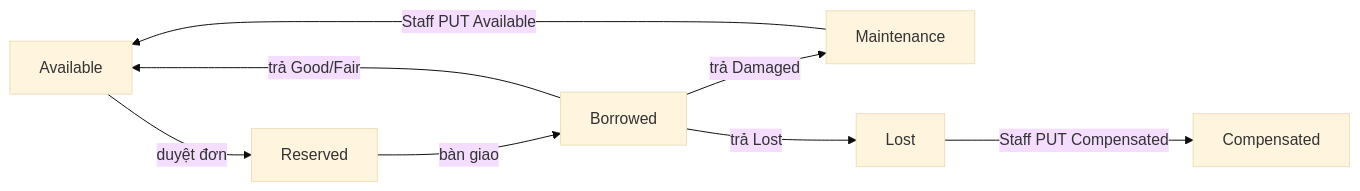
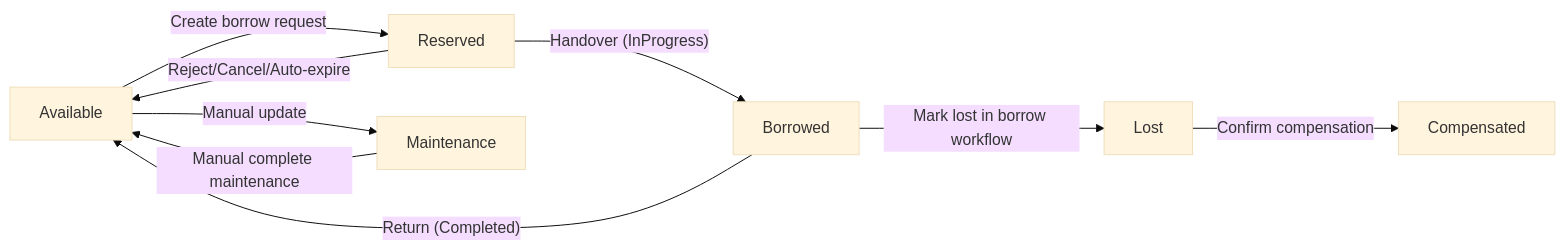
One commit to lephuonglinga/Equipment-Borrowing-Management-System changed the second of 2 diagrams in docs/PROJECT_DOCUMENTATION.md. Above: the diagram before and after it, drawn with Mermaid (base theme). The commit also changed other lines of this file and 39 other files, not shown here.

First line of the commit message:
refactor borrow request workflow and simplify equipment state management

````diff
--- a/docs/PROJECT_DOCUMENTATION.md
+++ b/docs/PROJECT_DOCUMENTATION.md
@@ -108,10 +103,11 @@
 ```mermaid
 flowchart LR
-  Available -->|"duyệt đơn"| Reserved
-  Reserved -->|"bàn giao"| Borrowed
-  Borrowed -->|"trả Good/Fair"| Available
-  Borrowed -->|"trả Damaged"| Maintenance
-  Borrowed -->|"trả Lost"| Lost
-  Maintenance -->|"Staff PUT Available"| Available
-  Lost -->|"Staff PUT Compensated"| Compensated
+  Available -->|"Create borrow request"| Reserved
+  Reserved -->|"Reject/Cancel/Auto-expire"| Available
+  Reserved -->|"Handover (InProgress)"| Borrowed
+  Borrowed -->|"Return (Completed)"| Available
+  Available -->|"Manual update"| Maintenance
+  Maintenance -->|"Manual complete maintenance"| Available
+  Borrowed -->|"Mark lost in borrow workflow"| Lost
+  Lost -->|"Confirm compensation"| Compensated
 ```
````
